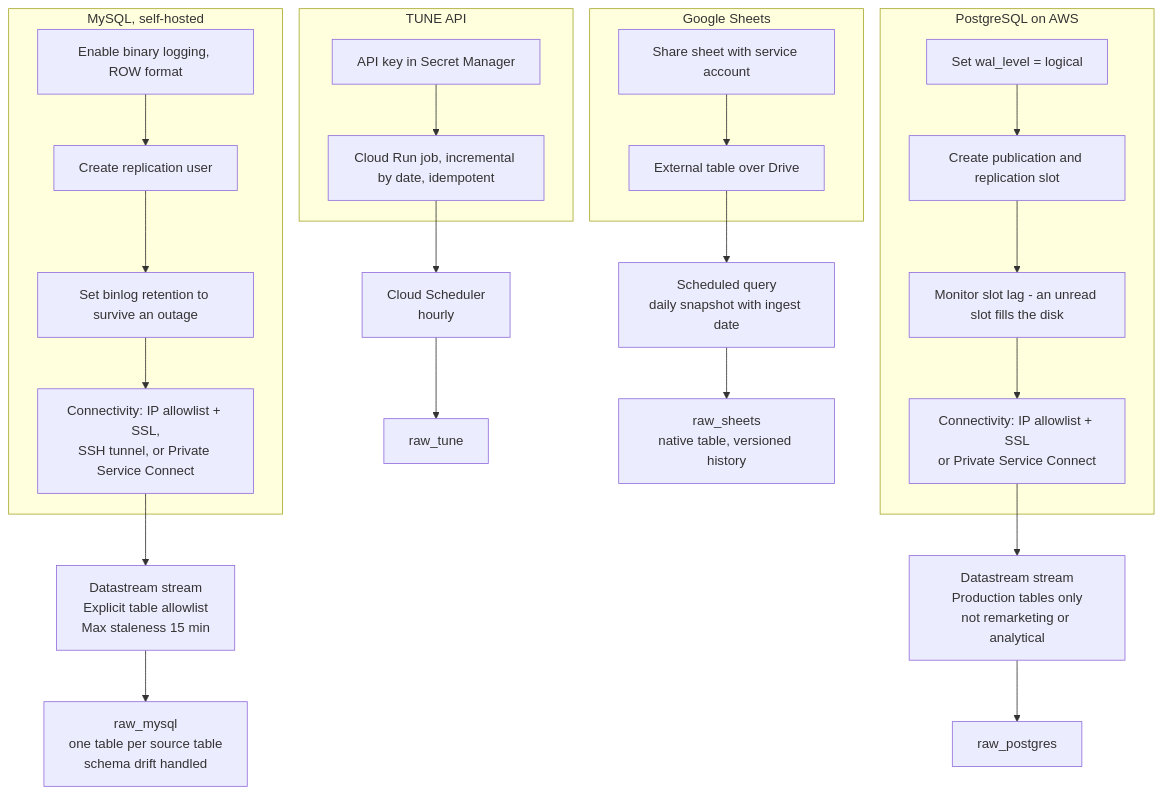
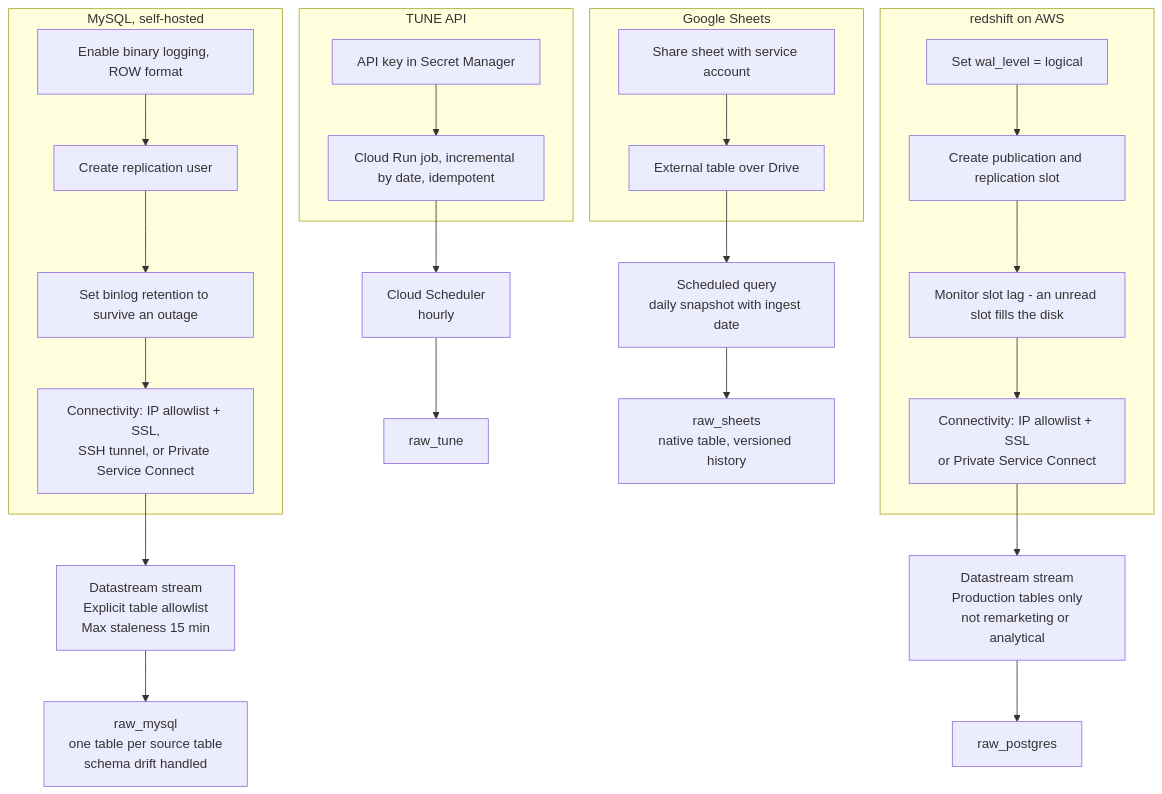
Before and after one commit to n8pryce/BigQuery: the second of 4 diagrams in architecture.md, drawn with Mermaid. The commit also changed other lines of this file and 4 other files, not shown here.

````diff
--- a/architecture.md
+++ b/architecture.md
@@ -102,38 +99,38 @@
 ```mermaid
 flowchart TB
   subgraph S1["MySQL, self-hosted"]
     A1["Enable binary logging, ROW format"]
     A2["Create replication user"]
     A3["Set binlog retention to survive an outage"]
     A4["Connectivity: IP allowlist + SSL,<br/>SSH tunnel, or Private Service Connect"]
     A1 --> A2 --> A3 --> A4
   end
   A4 --> D1["Datastream stream<br/>Explicit table allowlist<br/>Max staleness 15 min"]
   D1 --> R1["raw_mysql<br/>one table per source table<br/>schema drift handled"]
 
-  subgraph S2["PostgreSQL on AWS"]
+  subgraph S2["redshift on AWS"]
     B1["Set wal_level = logical"]
     B2["Create publication and replication slot"]
     B3["Monitor slot lag - an unread slot fills the disk"]
     B4["Connectivity: IP allowlist + SSL<br/>or Private Service Connect"]
     B1 --> B2 --> B3 --> B4
   end
   B4 --> D2["Datastream stream<br/>Production tables only<br/>not remarketing or analytical"]
   D2 --> R2["raw_postgres"]
 
   subgraph S3["TUNE API"]
     C1["API key in Secret Manager"]
     C2["Cloud Run job, incremental by date, idempotent"]
     C1 --> C2
   end
   C2 --> D3["Cloud Scheduler<br/>hourly"]
   D3 --> R3["raw_tune"]
 
   subgraph S4["Google Sheets"]
     E1["Share sheet with service account"]
     E2["External table over Drive"]
     E1 --> E2
   end
   E2 --> D4["Scheduled query<br/>daily snapshot with ingest date"]
   D4 --> R4["raw_sheets<br/>native table, versioned history"]
 ```
````
